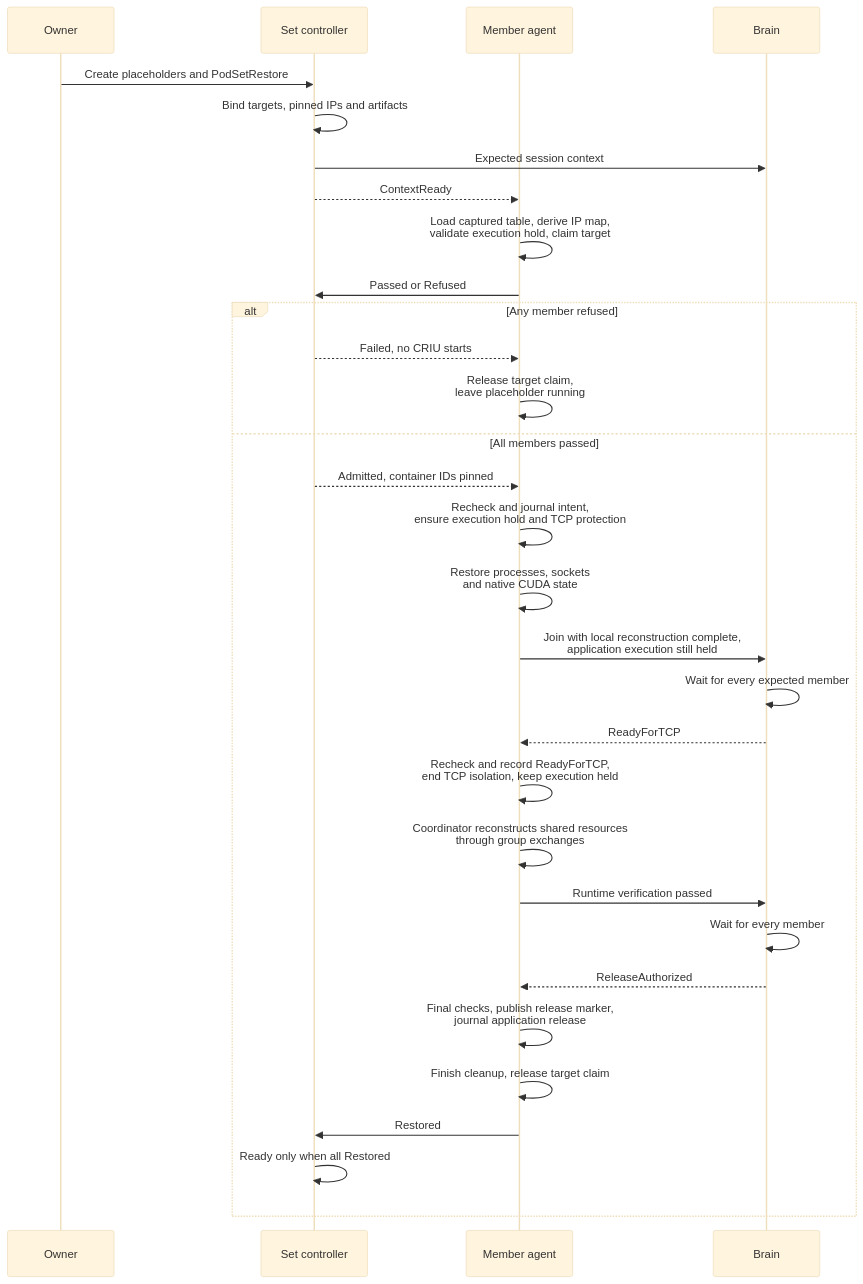
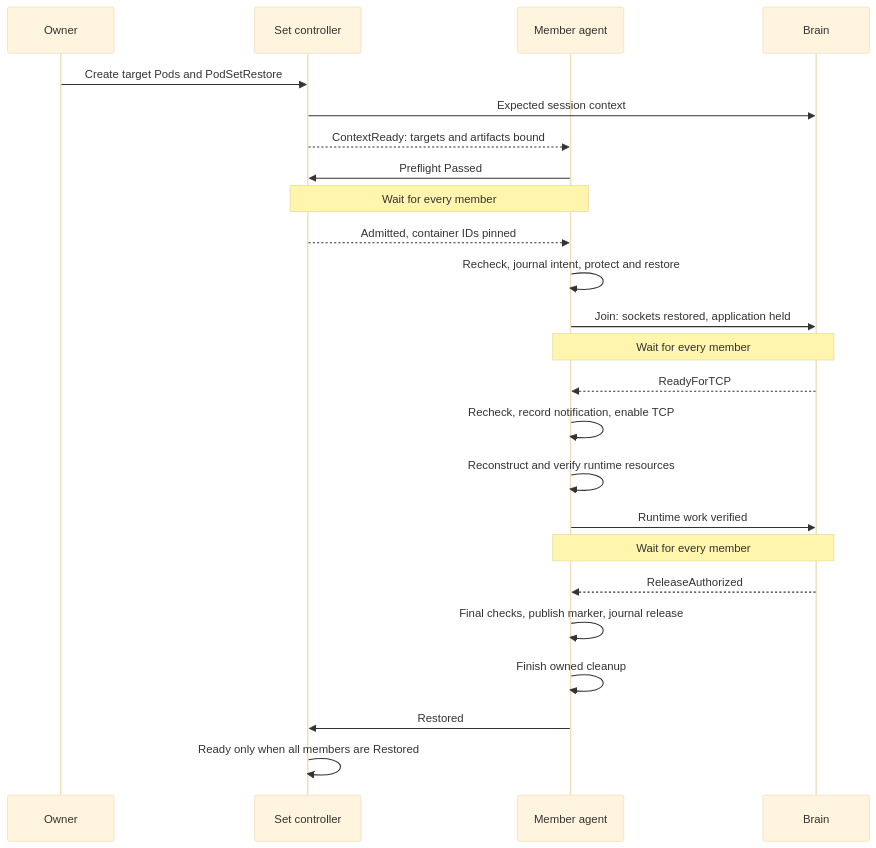
Before and after one commit to ai-dynamo/snapshot: the third of 4 diagrams in docs/proposals/324-multi-pod-snapshot-restore/README.md, drawn with Mermaid (base theme). The commit also changed other lines of this file, not shown here.

Commit message:
docs: clarify multi-pod snapshot proposal

````diff
--- a/docs/proposals/324-multi-pod-snapshot-restore/README.md
+++ b/docs/proposals/324-multi-pod-snapshot-restore/README.md
@@ -1050,33 +384,26 @@
 ```mermaid
 sequenceDiagram
     participant O as Owner
     participant C as Set controller
     participant A as Member agent
     participant B as Brain
-    O->>C: Create placeholders and PodSetRestore
-    C->>C: Bind targets, pinned IPs and artifacts
+    O->>C: Create target Pods and PodSetRestore
     C->>B: Expected session context
-    C-->>A: ContextReady
-    A->>A: Load captured table, derive IP map,<br/>validate execution hold, claim target
-    A->>C: Passed or Refused
-    alt Any member refused
-        C-->>A: Failed, no CRIU starts
-        A->>A: Release target claim,<br/>leave placeholder running
-    else All members passed
-        C-->>A: Admitted, container IDs pinned
-        A->>A: Recheck and journal intent,<br/>ensure execution hold and TCP protection
-        A->>A: Restore processes, sockets<br/>and native CUDA state
-        A->>B: Join with local reconstruction complete,<br/>application execution still held
-        B->>B: Wait for every expected member
-        B-->>A: ReadyForTCP
-        A->>A: Recheck and record ReadyForTCP,<br/>end TCP isolation, keep execution held
-        A->>A: Coordinator reconstructs shared resources<br/>through group exchanges
-        A->>B: Runtime verification passed
-        B->>B: Wait for every member
-        B-->>A: ReleaseAuthorized
-        A->>A: Final checks, publish release marker,<br/>journal application release
-        A->>A: Finish cleanup, release target claim
-        A->>C: Restored
-        C->>C: Ready only when all Restored
-    end
+    C-->>A: ContextReady: targets and artifacts bound
+    A->>C: Preflight Passed
+    Note over C,A: Wait for every member
+    C-->>A: Admitted, container IDs pinned
+    A->>A: Recheck, journal intent, protect and restore
+    A->>B: Join: sockets restored, application held
+    Note over A,B: Wait for every member
+    B-->>A: ReadyForTCP
+    A->>A: Recheck, record notification, enable TCP
+    A->>A: Reconstruct and verify runtime resources
+    A->>B: Runtime work verified
+    Note over A,B: Wait for every member
+    B-->>A: ReleaseAuthorized
+    A->>A: Final checks, publish marker, journal release
+    A->>A: Finish owned cleanup
+    A->>C: Restored
+    C->>C: Ready only when all members are Restored
 ```
````
